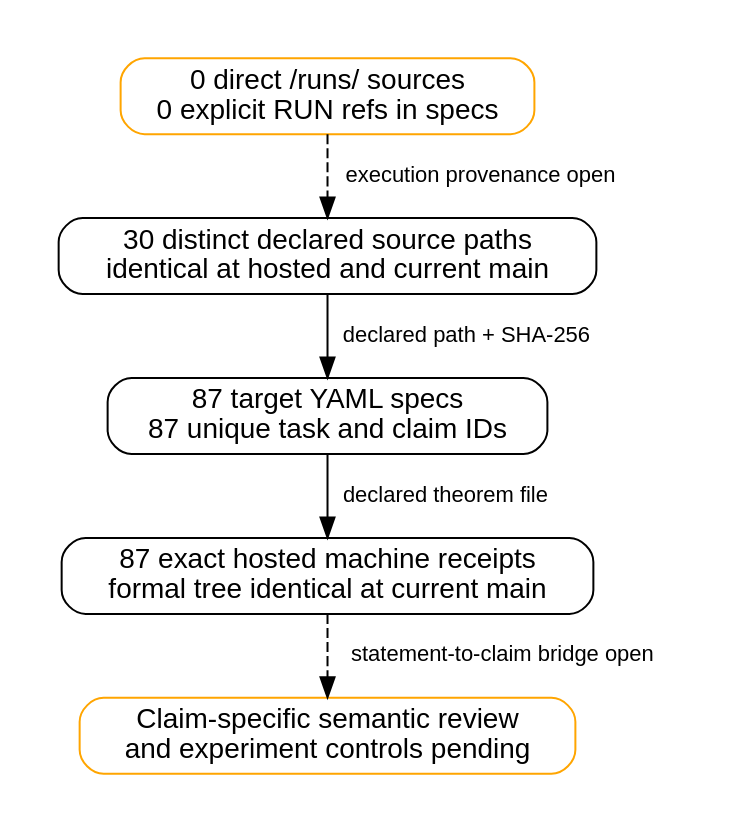
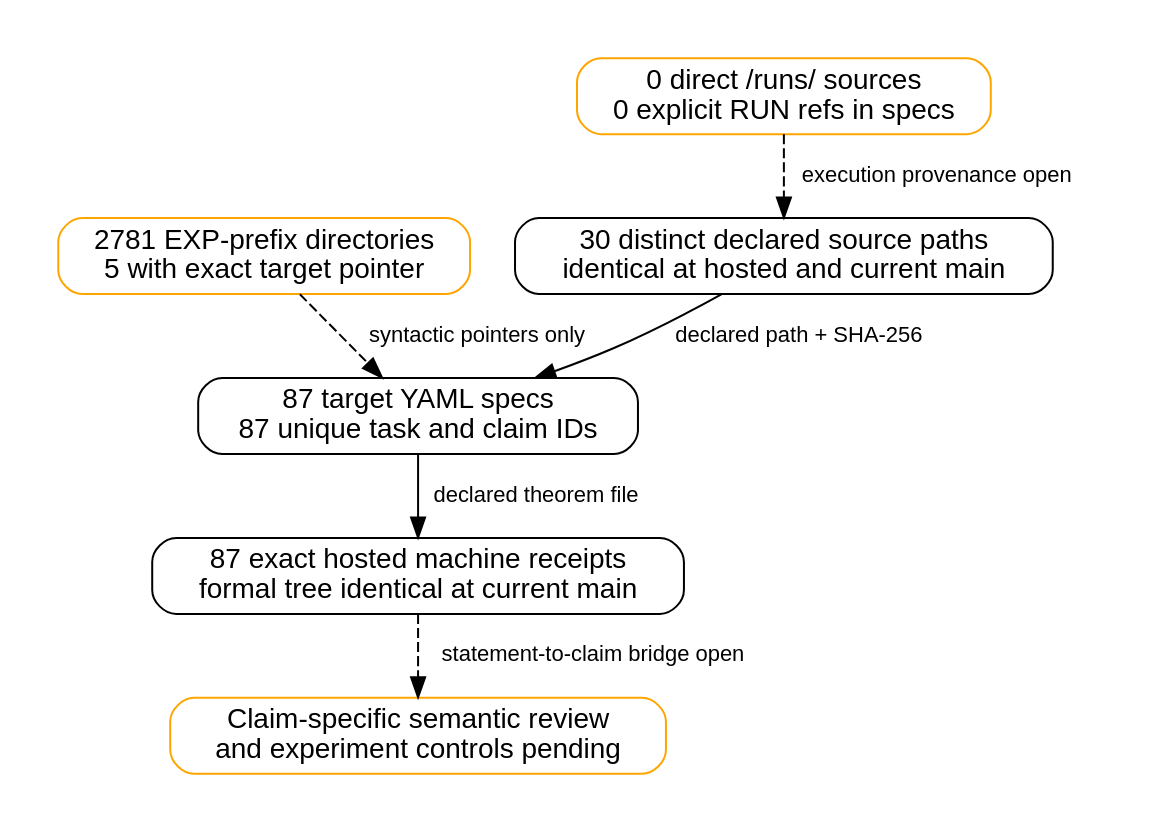
One commit to aburan28/crypto-autoresearcher changed the diagram in docs/reports/2026-10-25-formal-target-provenance/coverage.dot. Above: the diagram before and after it, drawn with Graphviz. The commit also changed 10 other files, not shown here.

Commit message:
Audit reverse experiment pointers across formal target corpus

```diff
--- a/docs/reports/2026-10-25-formal-target-provenance/coverage.dot
+++ b/docs/reports/2026-10-25-formal-target-provenance/coverage.dot
@@ -1,14 +1,16 @@
 digraph provenance {
   graph [rankdir=TB, bgcolor="white", pad="0.3", nodesep="0.3", ranksep="0.4"];
   node [shape=box, style=rounded, fontname="Helvetica", fontsize=14];
   edge [fontname="Helvetica", fontsize=11];
   source [label="30 distinct declared source paths\nidentical at hosted and current main"];
   spec [label="87 target YAML specs\n87 unique task and claim IDs"];
   theorem [label="87 exact hosted machine receipts\nformal tree identical at current main"];
   run [label="0 direct /runs/ sources\n0 explicit RUN refs in specs", color="orange"];
+  corpus [label="2781 EXP-prefix directories\n5 with exact target pointer", color="orange"];
   review [label="Claim-specific semantic review\nand experiment controls pending", color="orange"];
   source -> spec [label="declared path + SHA-256"];
   spec -> theorem [label="declared theorem file"];
   run -> source [style=dashed, label="execution provenance open"];
+  corpus -> spec [style=dashed, label="syntactic pointers only"];
   theorem -> review [style=dashed, label="statement-to-claim bridge open"];
 }
```
